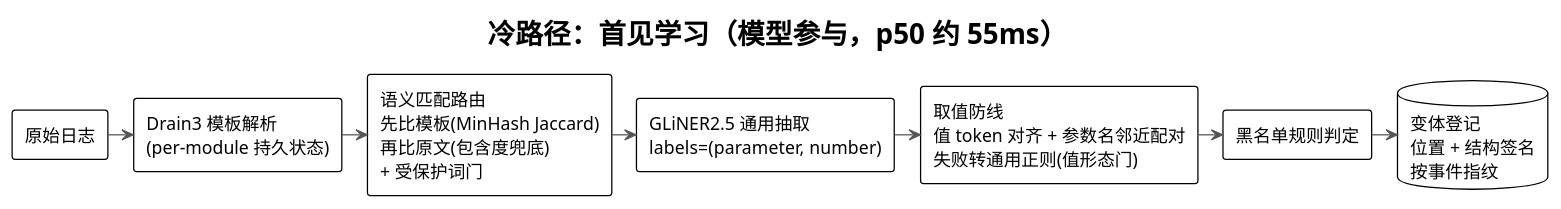
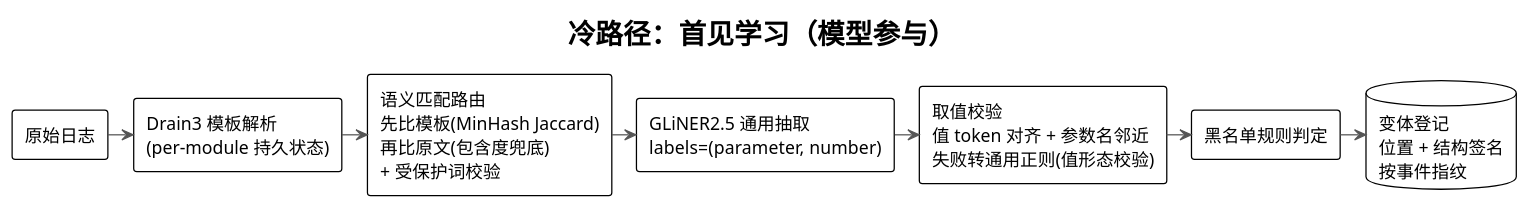
One commit to HouMonKy/TIG-PIPLUP changed the sixth of 14 diagrams in LogNet3.0方案设计与实现文档.md. Above: the diagram before and after it, drawn with PlantUML. The commit also changed other lines of this file, not shown here.

Commit message:
docs: 技术点二三处修订——标题改为'模板无关的参数异常检测'（含概述界定）；删除全部性能实测数字（5.5 性能实测整节移除，端到端示例顺位上移）；'门'类措辞全部改为'校验'（受保护词校验/值形态校验），'骨架位'改为'正文里'，与字段值位置对照表述

````diff
--- a/LogNet3.0方案设计与实现文档.md
+++ b/LogNet3.0方案设计与实现文档.md
@@ -579,26 +581,26 @@
 ```plantuml
 @startuml Parameter_Overview_Cold
 !theme plain
 skinparam shadowing false
 skinparam ArrowColor #555555
 skinparam nodesep 20
 skinparam ranksep 30
 
-title 冷路径：首见学习（模型参与，p50 约 55ms）
+title 冷路径：首见学习（模型参与）
 
 rectangle "原始日志" as log
 rectangle "Drain3 模板解析\n(per-module 持久状态)" as drain
-rectangle "语义匹配路由\n先比模板(MinHash Jaccard)\n再比原文(包含度兜底)\n+ 受保护词门" as match
+rectangle "语义匹配路由\n先比模板(MinHash Jaccard)\n再比原文(包含度兜底)\n+ 受保护词校验" as match
 rectangle "GLiNER2.5 通用抽取\nlabels=(parameter, number)" as gliner
-rectangle "取值防线\n值 token 对齐 + 参数名邻近配对\n失败转通用正则(值形态门)" as guard
+rectangle "取值校验\n值 token 对齐 + 参数名邻近\n失败转通用正则(值形态校验)" as guard
 rectangle "黑名单规则判定" as rule
 database "变体登记\n位置 + 结构签名\n按事件指纹" as reg
 
 log -right-> drain
 drain -right-> match
 match -right-> gliner
 gliner -right-> guard
 guard -right-> rule
 rule -right-> reg
 @enduml
 ```
````
